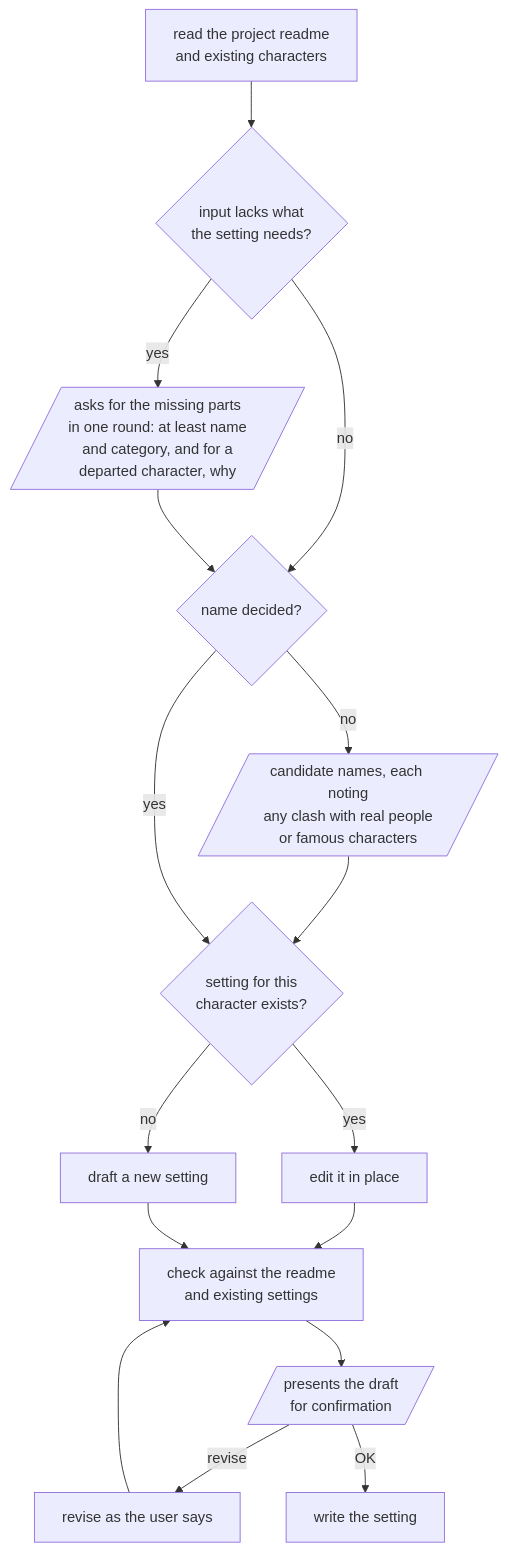
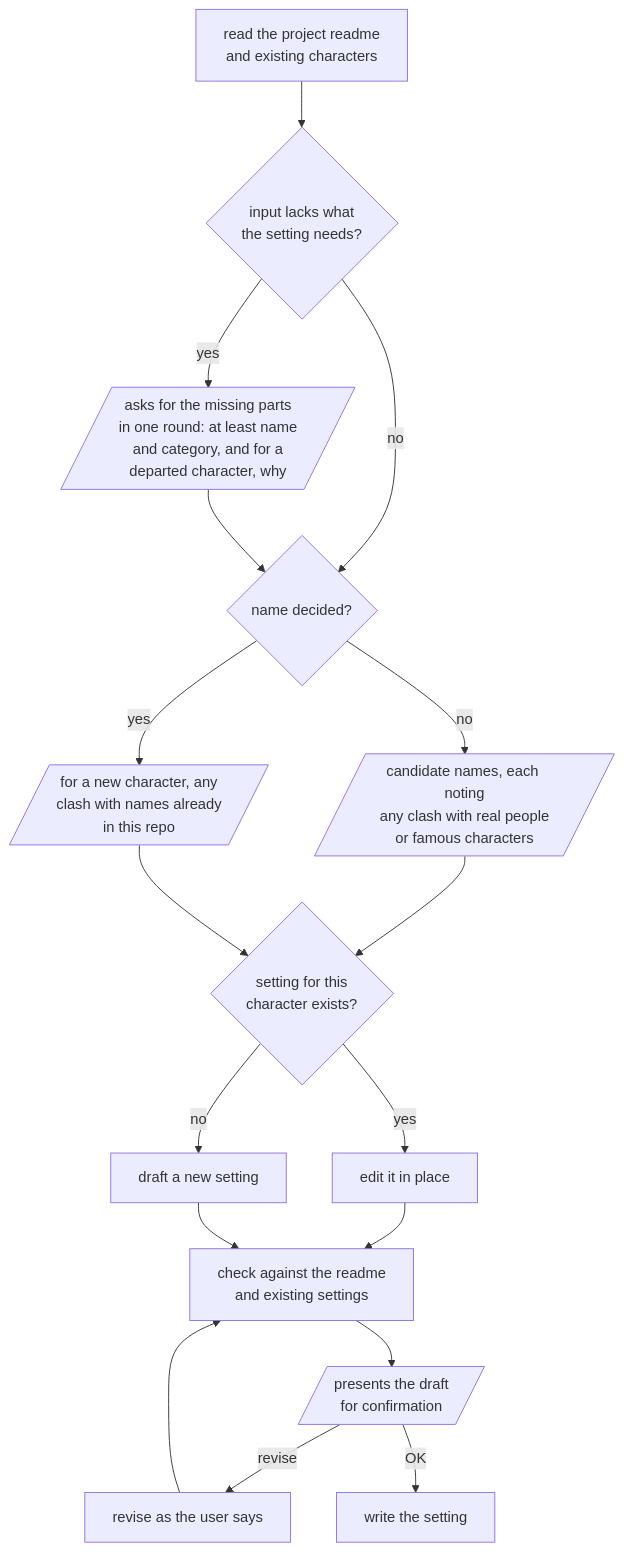
The diagram in shared/skills/character/README.md (omni-stove/skill-kit), drawn with Mermaid before and after one commit. The commit also changed 5 other files, not shown here.

````diff
--- a/shared/skills/character/README.md
+++ b/shared/skills/character/README.md
@@ -7,19 +7,20 @@
 ```mermaid
 flowchart TD
   read[read the project readme<br/>and existing characters]
   read --> missing{input lacks what<br/>the setting needs?}
   missing -- "yes" --> ask[/"asks for the missing parts<br/>in one round: at least name<br/>and category, and for a<br/>departed character, why"/]
   missing -- "no" --> named
   ask --> named{name decided?}
   named -- "no" --> names[/"candidate names, each noting<br/>any clash with real people<br/>or famous characters"/]
   names --> exists
-  named -- "yes" --> exists{setting for this<br/>character exists?}
+  named -- "yes" --> clash[/"for a new character, any<br/>clash with names already<br/>in this repo"/]
+  clash --> exists{setting for this<br/>character exists?}
   exists -- "yes" --> edit[edit it in place]
   exists -- "no" --> draft[draft a new setting]
   edit --> check[check against the readme<br/>and existing settings]
   draft --> check
   check --> confirm[/presents the draft<br/>for confirmation/]
   confirm -- "revise" --> revise[revise as the user says]
   revise --> check
   confirm -- "OK" --> save[write the setting]
 ```
````
